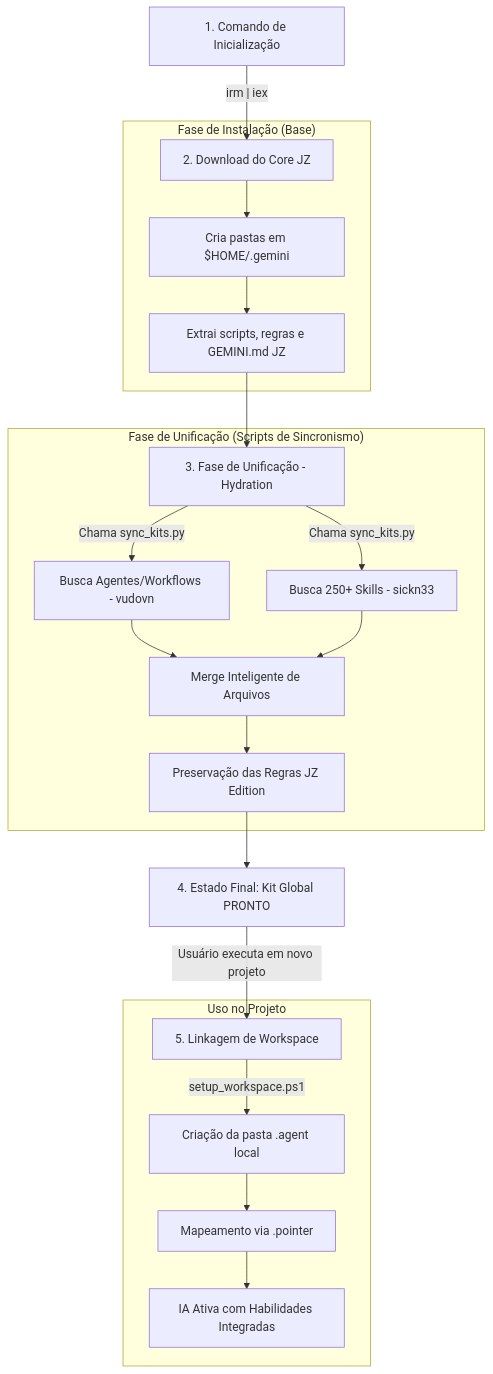
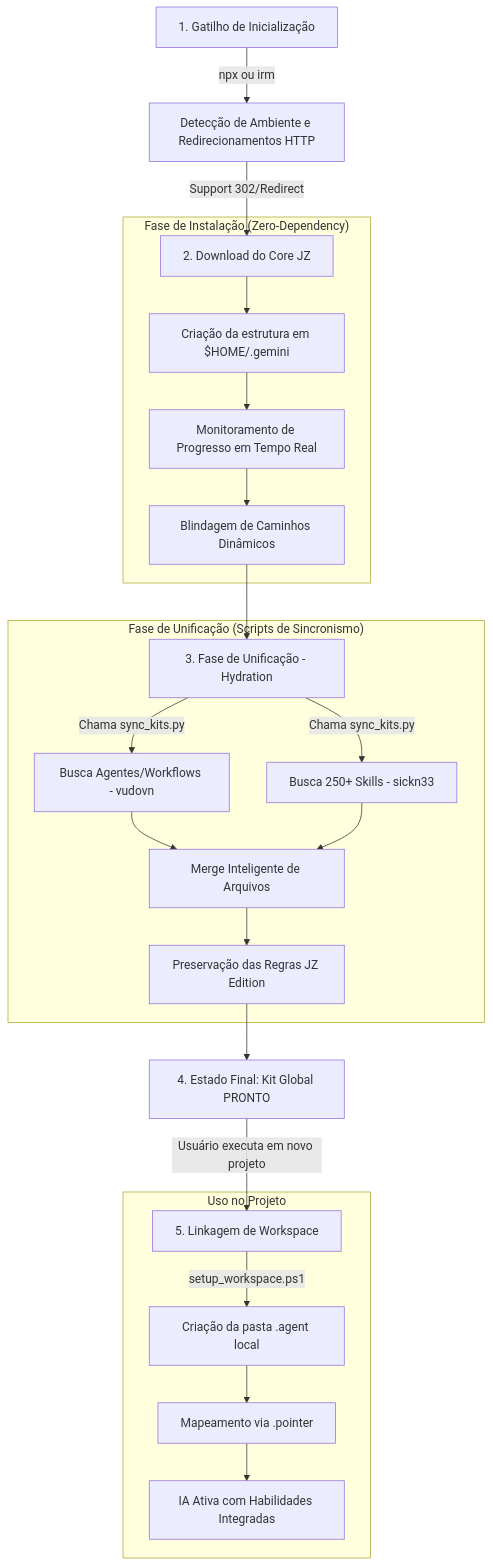
Before and after one commit to Academico-JZ/antigravity-jz-rm: the diagram in FLOWCHART.md, drawn with Mermaid. The commit also changed other lines of this file, not shown here.

First line of the commit message:
docs: update flowchart to reflect new resilient installation lifecycle

````diff
--- a/FLOWCHART.md
+++ b/FLOWCHART.md
@@ -9,34 +9,36 @@
 ```mermaid
 graph TD
     %% Passo 1
-    P1[1. Comando de Inicialização] -- "irm | iex" --> P2[2. Download do Core JZ]
+    P1[1. Gatilho de Inicialização] -- "npx ou irm" --> P1A[Detecção de Ambiente e Redirecionamentos HTTP]
+    P1A -- "Support 302/Redirect" --> P2[2. Download do Core JZ]
     
     %% Passo 2
-    subgraph "Fase de Instalação (Base)"
-        P2 --> P2A[Cria pastas em $HOME/.gemini]
-        P2A --> P2B[Extrai scripts, regras e GEMINI.md JZ]
+    subgraph "Fase de Instalação (Zero-Dependency)"
+        P2 --> P2A[Criação da estrutura em $HOME/.gemini]
+        P2A --> P2B[Monitoramento de Progresso em Tempo Real]
+        P2B --> P2C[Blindagem de Caminhos Dinâmicos]
     end
 
     %% Passo 3
-    P2B --> P3[3. Fase de Unificação - Hydration]
+    P2C --> P3[3. Fase de Unificação - Hydration]
     
     subgraph "Fase de Unificação (Scripts de Sincronismo)"
         P3 -- "Chama sync_kits.py" --> P3A[Busca Agentes/Workflows - vudovn]
         P3 -- "Chama sync_kits.py" --> P3B[Busca 250+ Skills - sickn33]
         P3A --> P3C[Merge Inteligente de Arquivos]
         P3B --> P3C
         P3C --> P3D[Preservação das Regras JZ Edition]
     end
 
     %% Passo 4
     P3D --> P4[4. Estado Final: Kit Global PRONTO]
     
     %% Passo 5
     P4 -- "Usuário executa em novo projeto" --> P5[5. Linkagem de Workspace]
     
     subgraph "Uso no Projeto"
         P5 -- "setup_workspace.ps1" --> P5A[Criação da pasta .agent local]
         P5A --> P5B[Mapeamento via .pointer]
         P5B --> P5C[IA Ativa com Habilidades Integradas]
     end
 ```
````
